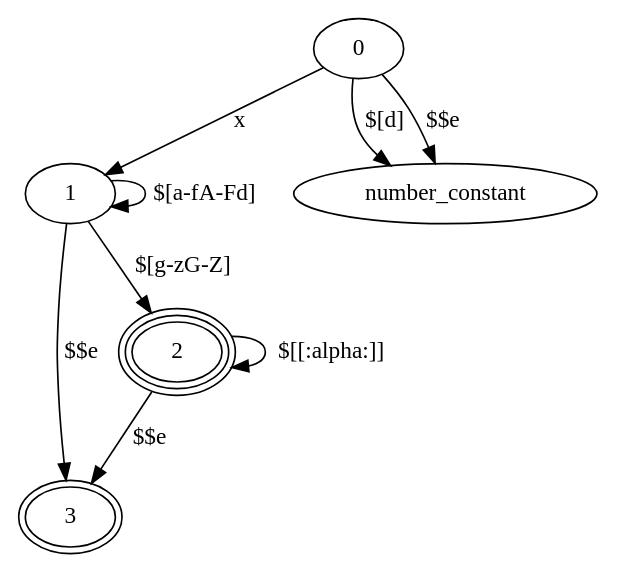
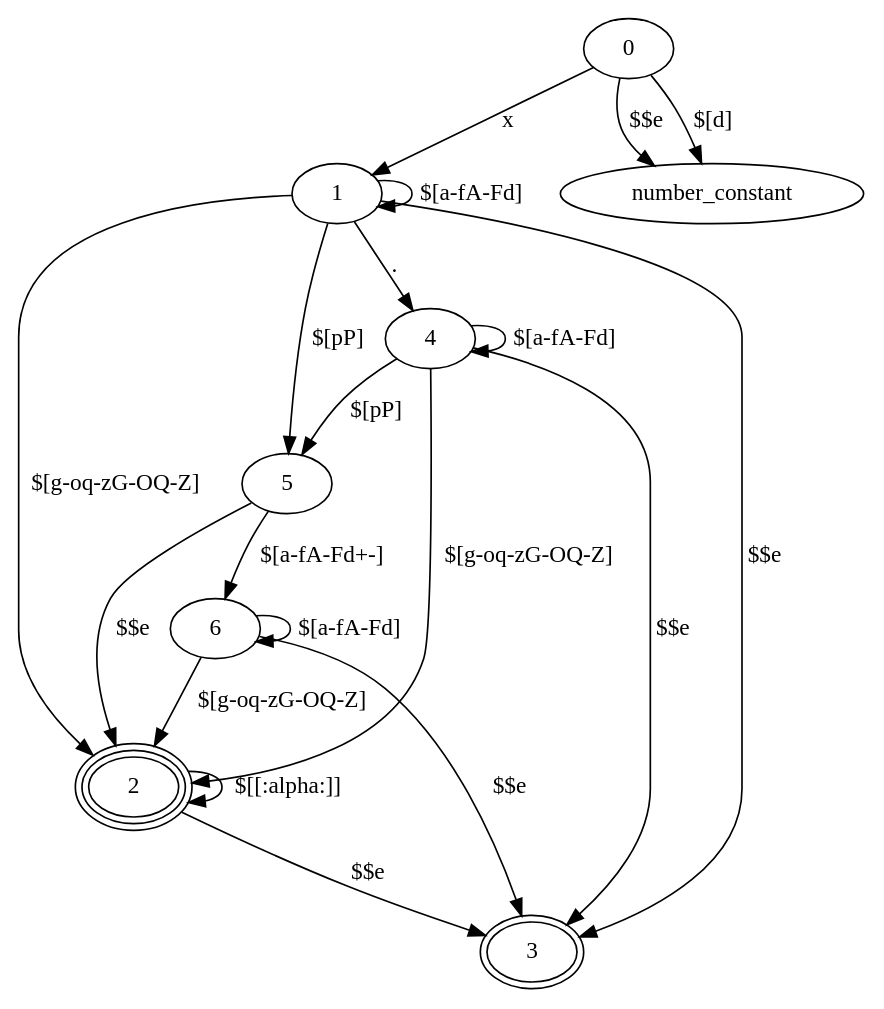
Before and after one commit to aoyako/682-Lexer: the diagram in lua/hex_number_constant.dot, drawn with Graphviz. The commit also changed 11 other files, not shown here.

```diff
--- a/lua/hex_number_constant.dot
+++ b/lua/hex_number_constant.dot
@@ -1,15 +1,29 @@
 digraph hex_number_constant {
     3 [peripheries=2]
     2 [peripheries=3]
 
     0 -> 1 [label="x"]
     0 -> number_constant [label="$[\d]"]
     0 -> number_constant [label="$$e"]
 
     1 -> 1 [label="$[a-fA-F\d]"]
-    1 -> 2 [label="$[g-zG-Z]"]
+    1 -> 2 [label="$[g-oq-zG-OQ-Z]"]
     1 -> 3 [label="$$e"]
 
     2 -> 2 [label="$[[:alpha:]]"]
     2 -> 3 [label="$$e"]
+
+    1 -> 4 [label="."]
+    4 -> 4 [label="$[a-fA-F\d]"]
+    4 -> 2 [label="$[g-oq-zG-OQ-Z]"]
+    4 -> 3 [label="$$e"]
+    1 -> 5 [label="$[pP]"]
+
+    4 -> 5 [label="$[pP]"]
+    5 -> 6 [label="$[a-fA-F\d\+\-]"]
+    5 -> 2 [label="$$e"]
+
+    6 -> 6 [label="$[a-fA-F\d]"]
+    6 -> 2 [label="$[g-oq-zG-OQ-Z]"]
+    6 -> 3 [label="$$e"]
 }
```
